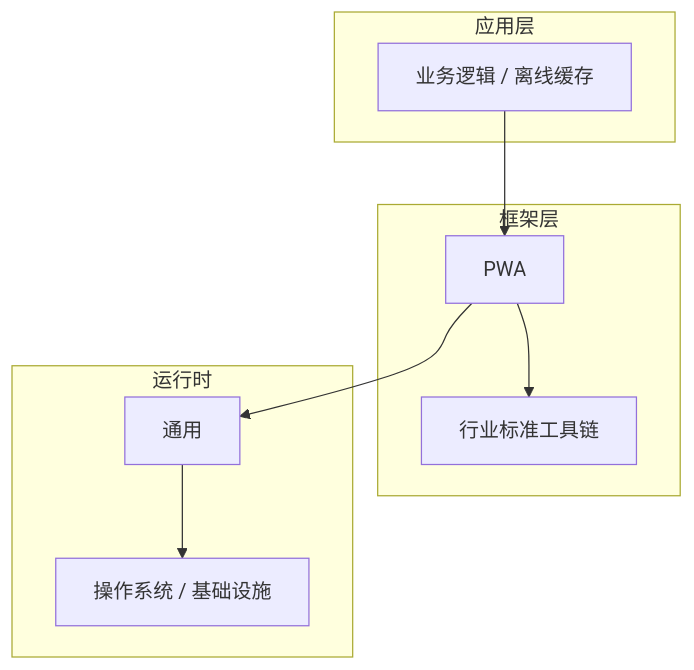
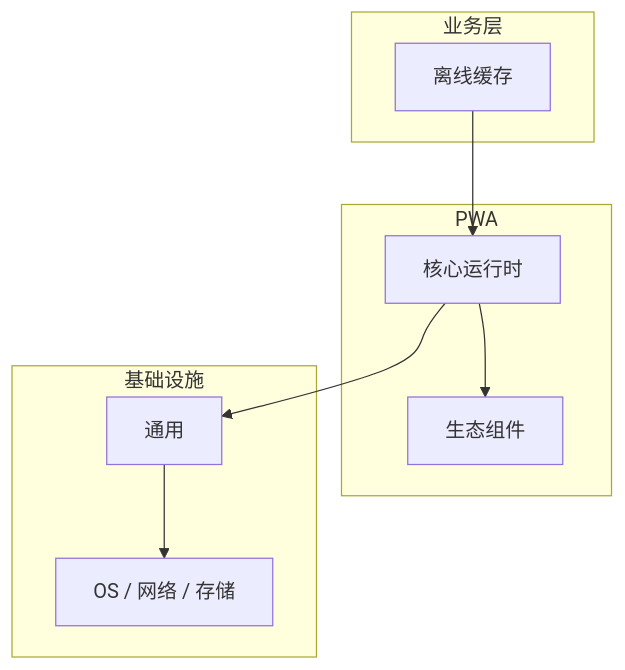
The diagram in articles/PWA/chapters/019-离线缓存核心概念与原理.md (yanggan2015/knowledge-json-v2), drawn with Mermaid before and after one commit. The commit also changed other lines of this file and 10127 other files, not shown here.

````diff
--- a/articles/PWA/chapters/019-离线缓存核心概念与原理.md
+++ b/articles/PWA/chapters/019-离线缓存核心概念与原理.md
@@ -45,18 +34,18 @@
 ```mermaid
 graph TB
-    subgraph 应用层
-        A[业务逻辑 / 离线缓存]
+    subgraph 业务层
+        A[离线缓存]
     end
-    subgraph 框架层
-        B[PWA]
-        C[行业标准工具链]
+    subgraph PWA
+        B[核心运行时]
+        C[生态组件]
     end
-    subgraph 运行时
+    subgraph 基础设施
         D[通用]
-        E[操作系统 / 基础设施]
+        E[OS / 网络 / 存储]
     end
     A --> B
     B --> C
     B --> D
     D --> E
 ```
````
